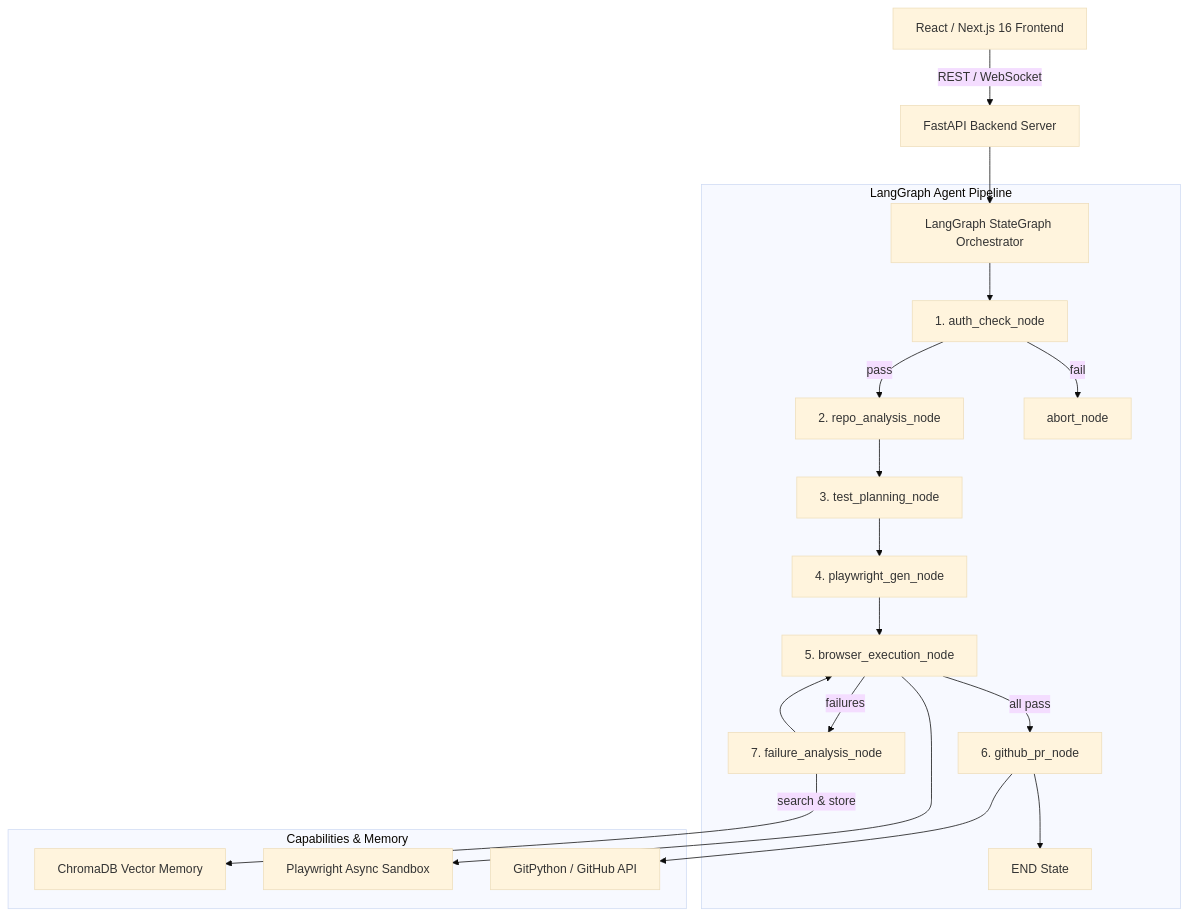
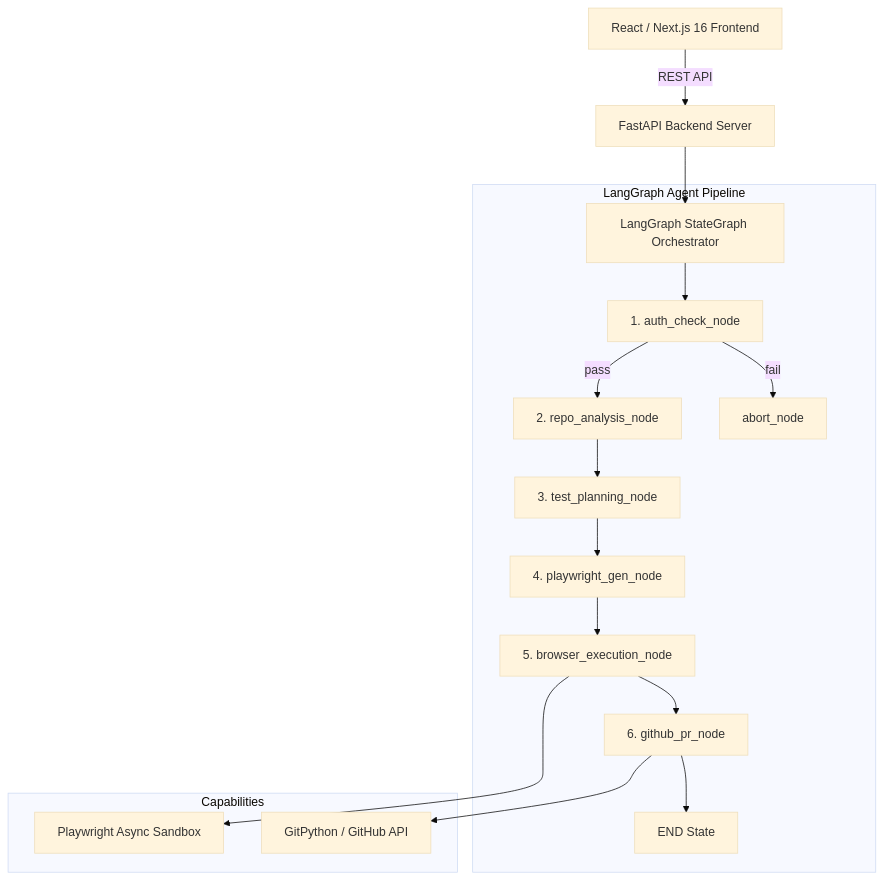
Before and after one commit to suriyaprakash500/Testpilot-AI: the diagram in README.md, drawn with Mermaid (base theme). The commit also changed other lines of this file and 20 other files, not shown here.

Commit message:
refactor: streamline MVP pipeline to 5 core differentiators (remove ChromaDB, self-healing, and WebSocket streaming)

````diff
--- a/README.md
+++ b/README.md
@@ -9,24 +9,21 @@
 ```mermaid
 flowchart TD
-    FE["React / Next.js 16 Frontend"] -->|REST / WebSocket| API["FastAPI Backend Server"]
+    FE["React / Next.js 16 Frontend"] -->|REST API| API["FastAPI Backend Server"]
     API --> GRAPH["LangGraph StateGraph Orchestrator"]
 
     subgraph Pipeline["LangGraph Agent Pipeline"]
         GRAPH --> AUTH["1. auth_check_node"]
         AUTH -->|pass| REPO["2. repo_analysis_node"]
         AUTH -->|fail| ABORT["abort_node"]
         REPO --> PLAN["3. test_planning_node"]
         PLAN --> GEN["4. playwright_gen_node"]
         GEN --> EXEC["5. browser_execution_node"]
-        EXEC -->|all pass| PR["6. github_pr_node"]
-        EXEC -->|failures| HEAL["7. failure_analysis_node"]
-        HEAL --> EXEC
+        EXEC --> PR["6. github_pr_node"]
         PR --> DONE["END State"]
     end
 
-    subgraph Capabilities["Capabilities & Memory"]
-        HEAL -->|search & store| MEM["ChromaDB Vector Memory"]
+    subgraph Capabilities["Capabilities"]
         EXEC --> PW["Playwright Async Sandbox"]
         PR --> GIT["GitPython / GitHub API"]
     end
 ```
````
